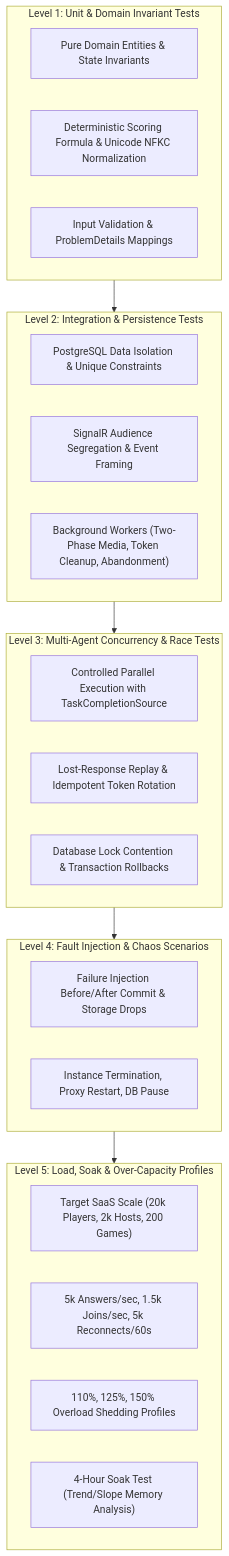
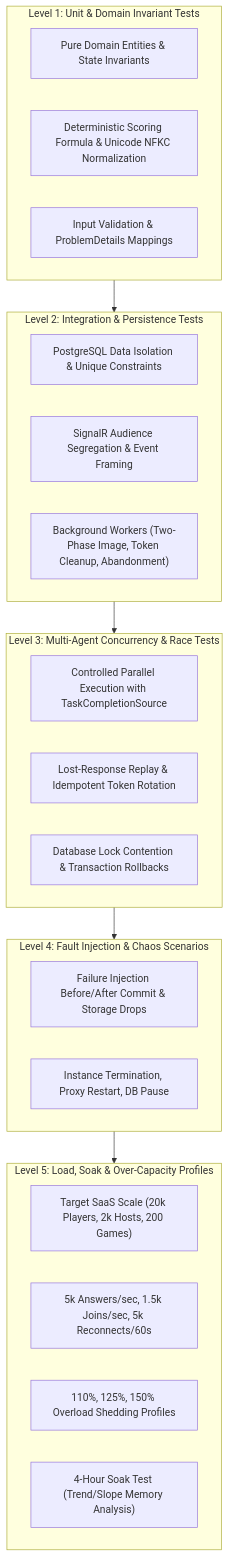
One commit to laeth0/Kahoot changed the diagram in docs/14-verification-and-testing.md. Above: the diagram before and after it, drawn with Mermaid. The commit also changed other lines of this file and 13 other files, not shown here.

First line of the commit message:
Refactor documentation to replace "media" with "image" for clarity and consistency

````diff
--- a/docs/14-verification-and-testing.md
+++ b/docs/14-verification-and-testing.md
@@ -24,37 +24,37 @@
 ```mermaid
 graph TD
     subgraph Level1 ["Level 1: Unit & Domain Invariant Tests"]
         DomainLogic["Pure Domain Entities & State Invariants"]
         Formulas["Deterministic Scoring Formula & Unicode NFKC Normalization"]
         Validators["Input Validation & ProblemDetails Mappings"]
     end
 
     subgraph Level2 ["Level 2: Integration & Persistence Tests"]
         EFCore["PostgreSQL Data Isolation & Unique Constraints"]
         SignalRHub["SignalR Audience Segregation & Event Framing"]
-        Workers["Background Workers (Two-Phase Media, Token Cleanup, Abandonment)"]
+        Workers["Background Workers (Two-Phase Image, Token Cleanup, Abandonment)"]
     end
 
     subgraph Level3 ["Level 3: Multi-Agent Concurrency & Race Tests"]
         ThreadBarriers["Controlled Parallel Execution with TaskCompletionSource"]
         Idempotency["Lost-Response Replay & Idempotent Token Rotation"]
         Deadlocks["Database Lock Contention & Transaction Rollbacks"]
     end
 
     subgraph Level4 ["Level 4: Fault Injection & Chaos Scenarios"]
         MidTxFaults["Failure Injection Before/After Commit & Storage Drops"]
         NodeKills["Instance Termination, Proxy Restart, DB Pause"]
     end
 
     subgraph Level5 ["Level 5: Load, Soak & Over-Capacity Profiles"]
         ScaleProfiles["Target SaaS Scale (20k Players, 2k Hosts, 200 Games)"]
         BurstProfiles["5k Answers/sec, 1.5k Joins/sec, 5k Reconnects/60s"]
         OverCapacity["110%, 125%, 150% Overload Shedding Profiles"]
         SoakTest["4-Hour Soak Test (Trend/Slope Memory Analysis)"]
     end
 
     Level1 --> Level2
     Level2 --> Level3
     Level3 --> Level4
     Level4 --> Level5
 ```
````
